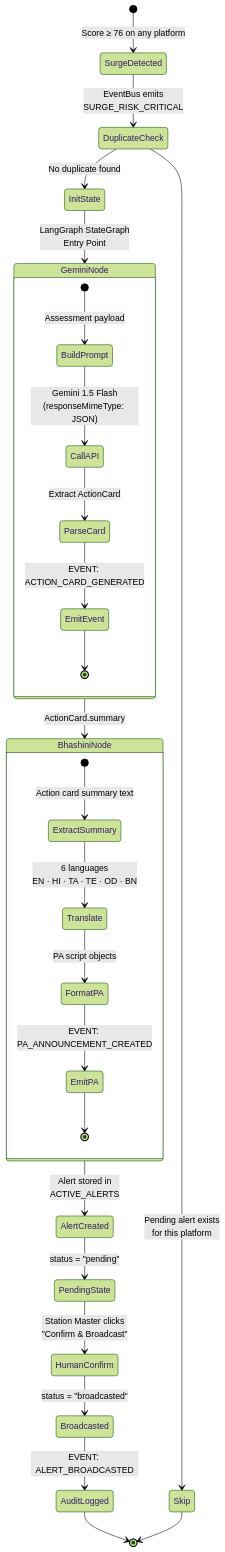
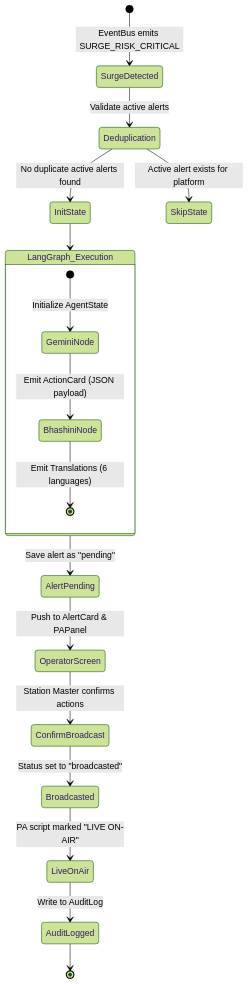
The second of 2 diagrams in README.md (SIBAM890/Zenway), drawn with Mermaid (forest theme) before and after one commit. The commit also changed other lines of this file, not shown here.

````diff
--- a/README.md
+++ b/README.md
@@ -200,39 +135,23 @@
 ```mermaid
 stateDiagram-v2
-    [*] --> SurgeDetected: Score ≥ 76 on any platform
+    [*] --> SurgeDetected : EventBus emits SURGE_RISK_CRITICAL
+    SurgeDetected --> Deduplication : Validate active alerts
+    Deduplication --> InitState : No duplicate active alerts found
+    Deduplication --> SkipState : Active alert exists for platform
+
+    state LangGraph_Execution {
+        [*] --> GeminiNode : Initialize AgentState
+        GeminiNode --> BhashiniNode : Emit ActionCard (JSON payload)
+        BhashiniNode --> [*] : Emit Translations (6 languages)
+    }
+
+    InitState --> LangGraph_Execution
+    LangGraph_Execution --> AlertPending : Save alert as "pending"
     
-    SurgeDetected --> DuplicateCheck: EventBus emits<br/>SURGE_RISK_CRITICAL
-    
-    DuplicateCheck --> Skip: Pending alert exists<br/>for this platform
-    DuplicateCheck --> InitState: No duplicate found
-    
-    InitState --> GeminiNode: LangGraph StateGraph<br/>Entry Point
-    
-    state GeminiNode {
-        [*] --> BuildPrompt: Assessment payload
-        BuildPrompt --> CallAPI: Gemini 1.5 Flash<br/>(responseMimeType: JSON)
-        CallAPI --> ParseCard: Extract ActionCard
-        ParseCard --> EmitEvent: EVENT: ACTION_CARD_GENERATED
-        EmitEvent --> [*]
-    }
-    
-    GeminiNode --> BhashiniNode: ActionCard.summary
-    
-    state BhashiniNode {
-        [*] --> ExtractSummary: Action card summary text
-        ExtractSummary --> Translate: 6 languages<br/>EN · HI · TA · TE · OD · BN
-        Translate --> FormatPA: PA script objects
-        FormatPA --> EmitPA: EVENT: PA_ANNOUNCEMENT_CREATED
-        EmitPA --> [*]
-    }
-    
-    BhashiniNode --> AlertCreated: Alert stored in<br/>ACTIVE_ALERTS
-    AlertCreated --> PendingState: status = "pending"
-    
-    PendingState --> HumanConfirm: Station Master clicks<br/>"Confirm & Broadcast"
-    HumanConfirm --> Broadcasted: status = "broadcasted"
-    Broadcasted --> AuditLogged: EVENT: ALERT_BROADCASTED
+    AlertPending --> OperatorScreen : Push to AlertCard & PAPanel
+    OperatorScreen --> ConfirmBroadcast : Station Master confirms actions
+    ConfirmBroadcast --> Broadcasted : Status set to "broadcasted"
+    Broadcasted --> LiveOnAir : PA script marked "LIVE ON-AIR"
+    LiveOnAir --> AuditLogged : Write to AuditLog
     AuditLogged --> [*]
-    
-    Skip --> [*]
 ```
````
